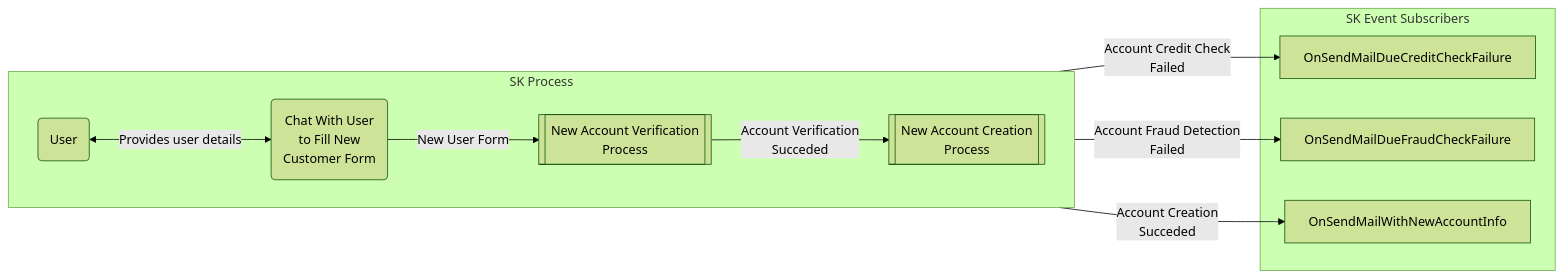
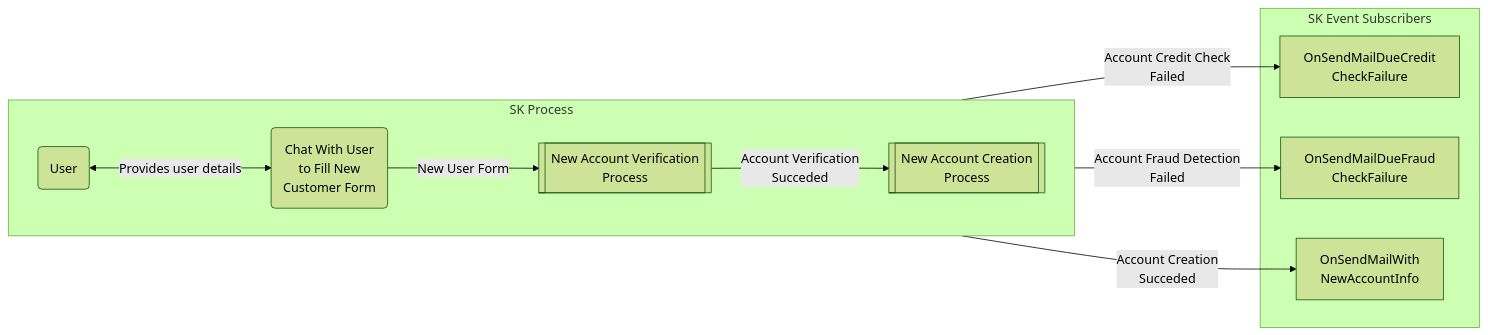
One commit to microsoft/semantic-kernel changed the sixth of 14 diagrams in dotnet/samples/GettingStartedWithProcesses/README.md. Above: the diagram before and after it, drawn with Mermaid (forest theme).

Commit message:
fixing readability of Step02c_AccountOpeningWithCloudEvents mermaid graph

````diff
--- a/dotnet/samples/GettingStartedWithProcesses/README.md
+++ b/dotnet/samples/GettingStartedWithProcesses/README.md
@@ -189,24 +189,24 @@
 ```mermaid
 graph LR
     subgraph EventSubscribers[SK Event Subscribers]
-        OnSendMailDueCreditCheckFailure
-        OnSendMailDueFraudCheckFailure
-        OnSendMailWithNewAccountInfo
+        OnSendMailDueCreditCheckFailure[OnSendMailDueCredit<br/>CheckFailure]
+        OnSendMailDueFraudCheckFailure[OnSendMailDueFraud<br/>CheckFailure]
+        OnSendMailWithNewAccountInfo[OnSendMailWith<br/>NewAccountInfo]
     end
 
     subgraph Process[SK Process]
         direction LR
         User(User)
         FillForm(Chat With User <br/> to Fill New <br/> Customer Form)
         NewAccountVerification[[New Account Verification<br/> Process]]
         NewAccountCreation[[New Account Creation<br/> Process]]
 
         User<-->|Provides user details|FillForm
         FillForm-->|New User Form|NewAccountVerification-->|Account Verification <br/> Succeded|NewAccountCreation
     end
 
     NewAccountVerification-->|Account Credit Check <br/> Failed|OnSendMailDueCreditCheckFailure
     NewAccountVerification-->|Account Fraud Detection<br/> Failed|OnSendMailDueFraudCheckFailure
     NewAccountCreation-->|Account Creation<br/> Succeded|OnSendMailWithNewAccountInfo
 
 ```
````
